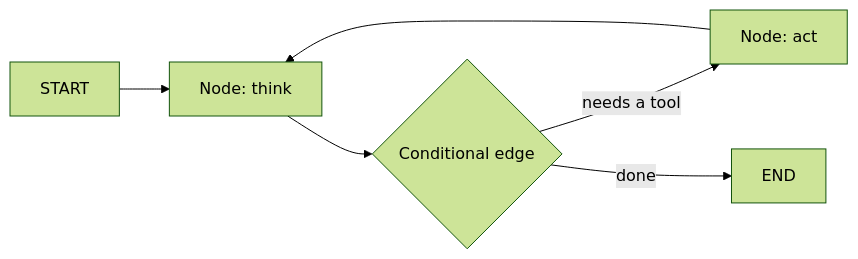
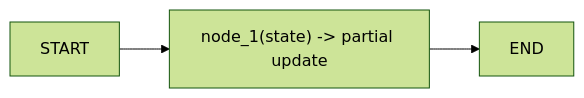
The first of 8 diagrams in tutorials/03_langgraph_fundamentals_INTERVIEW_TUTORIAL.md (Sourav692/AI-ENGINEERING-DEMYSTIFIED), drawn with Mermaid (forest theme) before and after one commit. The commit also changed other lines of this file and 13 other files, not shown here.

````diff
--- a/tutorials/03_langgraph_fundamentals_INTERVIEW_TUTORIAL.md
+++ b/tutorials/03_langgraph_fundamentals_INTERVIEW_TUTORIAL.md
@@ -25,8 +69,5 @@
 ```mermaid
 flowchart LR
-  S["START"] --> A["Node: think"]
-  A --> C{"Conditional edge"}
-  C -->|"needs a tool"| B["Node: act"]
-  B --> A
-  C -->|"done"| E["END"]
+    S["START"] --> N1["node_1(state) -> partial update"]
+    N1 --> E["END"]
 ```
````
